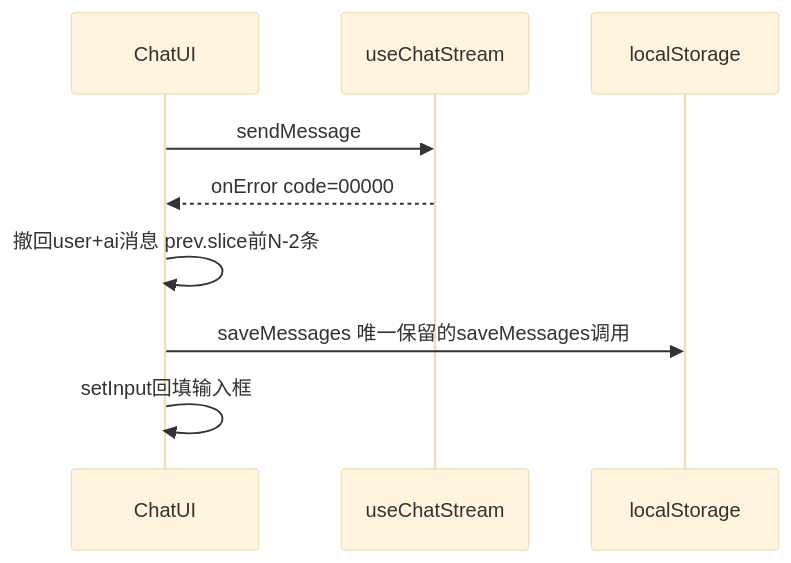
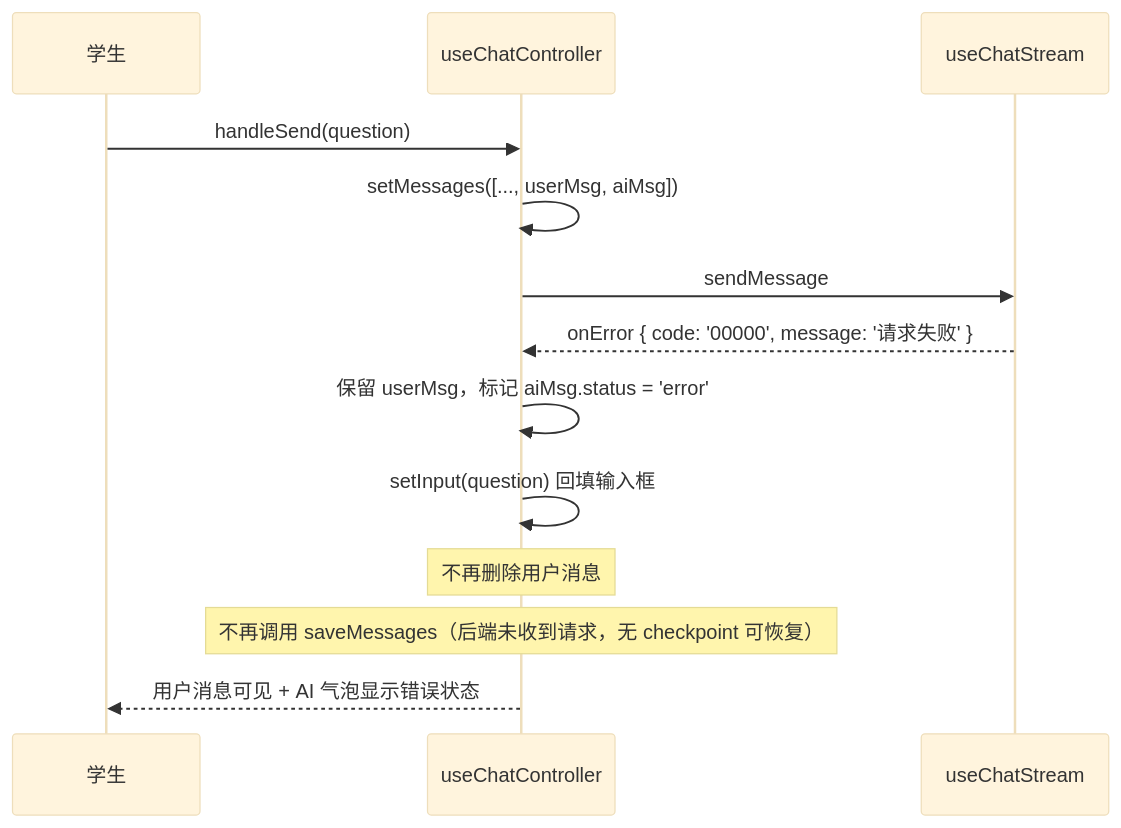
The third of 4 diagrams in .dev-flow/R007/analysis/2026-05-22--R007-persistence-agent-upgrade-frontend.md (xiaolutang/OctoTutor), drawn with Mermaid (base theme) before and after one commit. The commit also changed other lines of this file and 9 other files, not shown here.

````diff
--- a/.dev-flow/R007/analysis/2026-05-22--R007-persistence-agent-upgrade-frontend.md
+++ b/.dev-flow/R007/analysis/2026-05-22--R007-persistence-agent-upgrade-frontend.md
@@ -206,12 +208,17 @@
 ```mermaid
 sequenceDiagram
-  participant ChatUI as ChatUI
-  participant UseStream as useChatStream
-  participant Storage as localStorage
+  participant U as 学生
+  participant Ctrl as useChatController
+  participant Stream as useChatStream
 
-  ChatUI->>UseStream: sendMessage
-  UseStream-->>ChatUI: onError code=00000
-  ChatUI->>ChatUI: 撤回user+ai消息 prev.slice前N-2条
-  ChatUI->>Storage: saveMessages 唯一保留的saveMessages调用
-  ChatUI->>ChatUI: setInput回填输入框
+  U->>Ctrl: handleSend(question)
+  Ctrl->>Ctrl: setMessages([..., userMsg, aiMsg])
+  Ctrl->>Stream: sendMessage
+  Stream-->>Ctrl: onError { code: '00000', message: '请求失败' }
+
+  Ctrl->>Ctrl: 保留 userMsg，标记 aiMsg.status = 'error'
+  Ctrl->>Ctrl: setInput(question) 回填输入框
+  Note over Ctrl: 不再删除用户消息
+  Note over Ctrl: 不再调用 saveMessages（后端未收到请求，无 checkpoint 可恢复）
+  Ctrl-->>U: 用户消息可见 + AI 气泡显示错误状态
 ```
````
